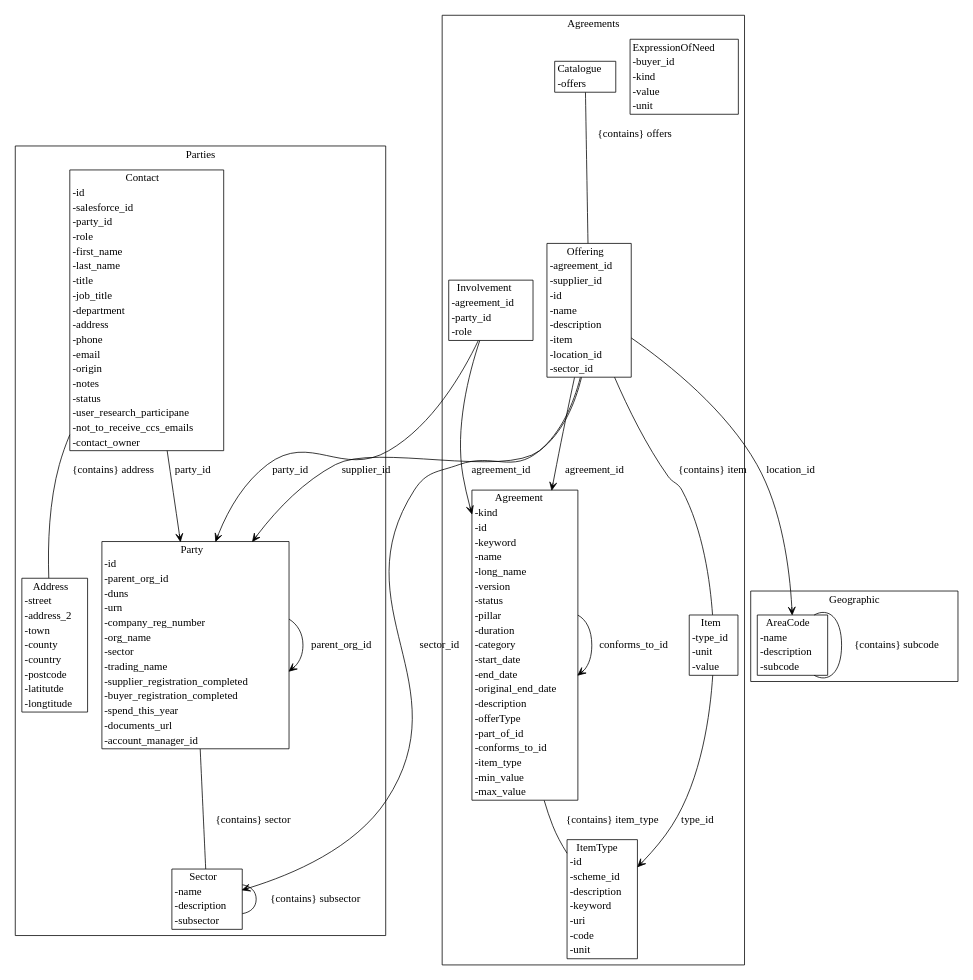
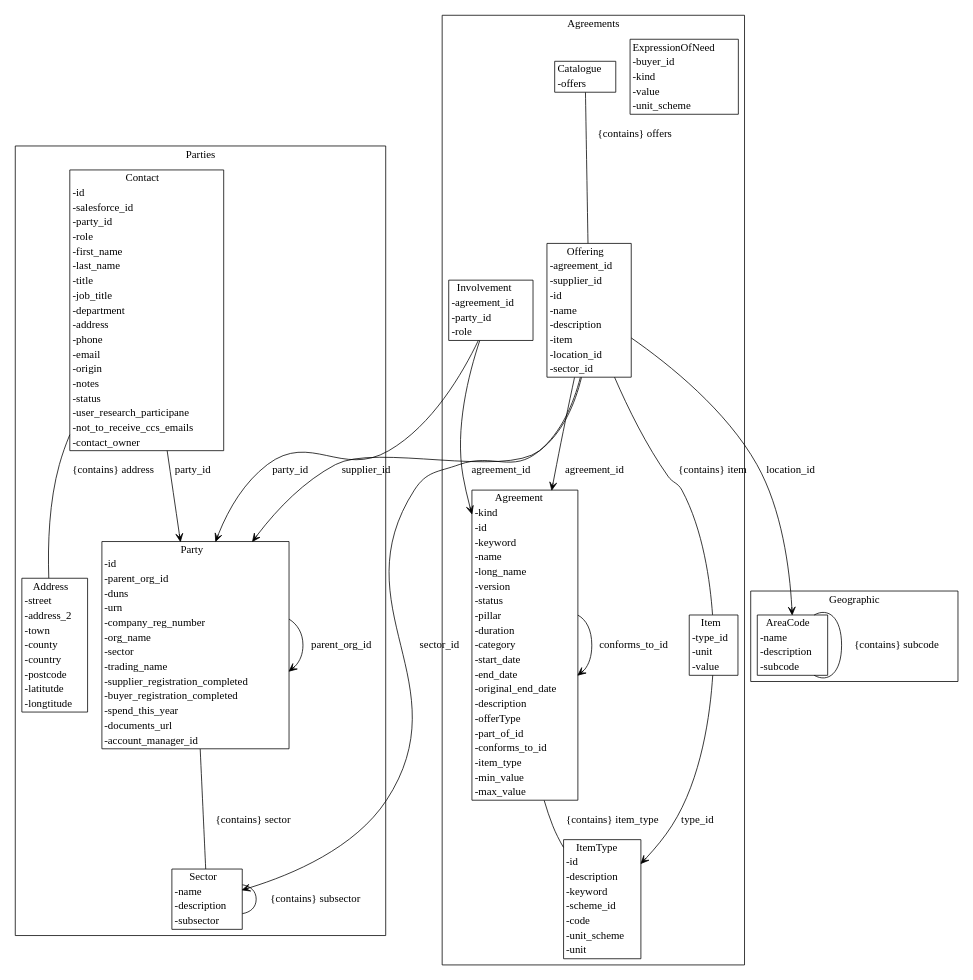
The diagram in gen/diagrams/metamodel.dot (Crown-Commercial-Service/ccs-data-model), drawn with Graphviz before and after one commit. The commit also changed 15 other files, not shown here.

```diff
--- a/gen/diagrams/metamodel.dot
+++ b/gen/diagrams/metamodel.dot
@@ -1,44 +1,44 @@
 strict digraph {
 subgraph cluster_Agreements {
 node [shape=plaintext margin=0];
 label=Agreements;
-"ItemType" [label=<<table BORDER="1" CELLBORDER="0" CELLSPACING="0"><TH><TD>ItemType</TD></TH><TR><TD ALIGN="LEFT">-id</TD></TR><TR><TD ALIGN="LEFT">-scheme_id</TD></TR><TR><TD ALIGN="LEFT">-description</TD></TR><TR><TD ALIGN="LEFT">-keyword</TD></TR><TR><TD ALIGN="LEFT">-uri</TD></TR><TR><TD ALIGN="LEFT">-code</TD></TR><TR><TD ALIGN="LEFT">-unit</TD></TR></table>>];
-"ExpressionOfNeed" [label=<<table BORDER="1" CELLBORDER="0" CELLSPACING="0"><TH><TD>ExpressionOfNeed</TD></TH><TR><TD ALIGN="LEFT">-buyer_id</TD></TR><TR><TD ALIGN="LEFT">-kind</TD></TR><TR><TD ALIGN="LEFT">-value</TD></TR><TR><TD ALIGN="LEFT">-unit</TD></TR></table>>];
+"ItemType" [label=<<table BORDER="1" CELLBORDER="0" CELLSPACING="0"><TH><TD>ItemType</TD></TH><TR><TD ALIGN="LEFT">-id</TD></TR><TR><TD ALIGN="LEFT">-description</TD></TR><TR><TD ALIGN="LEFT">-keyword</TD></TR><TR><TD ALIGN="LEFT">-scheme_id</TD></TR><TR><TD ALIGN="LEFT">-code</TD></TR><TR><TD ALIGN="LEFT">-unit_scheme</TD></TR><TR><TD ALIGN="LEFT">-unit</TD></TR></table>>];
+"ExpressionOfNeed" [label=<<table BORDER="1" CELLBORDER="0" CELLSPACING="0"><TH><TD>ExpressionOfNeed</TD></TH><TR><TD ALIGN="LEFT">-buyer_id</TD></TR><TR><TD ALIGN="LEFT">-kind</TD></TR><TR><TD ALIGN="LEFT">-value</TD></TR><TR><TD ALIGN="LEFT">-unit_scheme</TD></TR></table>>];
 "Agreement" [label=<<table BORDER="1" CELLBORDER="0" CELLSPACING="0"><TH><TD>Agreement</TD></TH><TR><TD ALIGN="LEFT">-kind</TD></TR><TR><TD ALIGN="LEFT">-id</TD></TR><TR><TD ALIGN="LEFT">-keyword</TD></TR><TR><TD ALIGN="LEFT">-name</TD></TR><TR><TD ALIGN="LEFT">-long_name</TD></TR><TR><TD ALIGN="LEFT">-version</TD></TR><TR><TD ALIGN="LEFT">-status</TD></TR><TR><TD ALIGN="LEFT">-pillar</TD></TR><TR><TD ALIGN="LEFT">-duration</TD></TR><TR><TD ALIGN="LEFT">-category</TD></TR><TR><TD ALIGN="LEFT">-start_date</TD></TR><TR><TD ALIGN="LEFT">-end_date</TD></TR><TR><TD ALIGN="LEFT">-original_end_date</TD></TR><TR><TD ALIGN="LEFT">-description</TD></TR><TR><TD ALIGN="LEFT">-offerType</TD></TR><TR><TD ALIGN="LEFT">-part_of_id</TD></TR><TR><TD ALIGN="LEFT">-conforms_to_id</TD></TR><TR><TD ALIGN="LEFT">-item_type</TD></TR><TR><TD ALIGN="LEFT">-min_value</TD></TR><TR><TD ALIGN="LEFT">-max_value</TD></TR></table>>];
 "Item" [label=<<table BORDER="1" CELLBORDER="0" CELLSPACING="0"><TH><TD>Item</TD></TH><TR><TD ALIGN="LEFT">-type_id</TD></TR><TR><TD ALIGN="LEFT">-unit</TD></TR><TR><TD ALIGN="LEFT">-value</TD></TR></table>>];
 "Offering" [label=<<table BORDER="1" CELLBORDER="0" CELLSPACING="0"><TH><TD>Offering</TD></TH><TR><TD ALIGN="LEFT">-agreement_id</TD></TR><TR><TD ALIGN="LEFT">-supplier_id</TD></TR><TR><TD ALIGN="LEFT">-id</TD></TR><TR><TD ALIGN="LEFT">-name</TD></TR><TR><TD ALIGN="LEFT">-description</TD></TR><TR><TD ALIGN="LEFT">-item</TD></TR><TR><TD ALIGN="LEFT">-location_id</TD></TR><TR><TD ALIGN="LEFT">-sector_id</TD></TR></table>>];
 "Catalogue" [label=<<table BORDER="1" CELLBORDER="0" CELLSPACING="0"><TH><TD>Catalogue</TD></TH><TR><TD ALIGN="LEFT">-offers</TD></TR></table>>];
 "Involvement" [label=<<table BORDER="1" CELLBORDER="0" CELLSPACING="0"><TH><TD>Involvement</TD></TH><TR><TD ALIGN="LEFT">-agreement_id</TD></TR><TR><TD ALIGN="LEFT">-party_id</TD></TR><TR><TD ALIGN="LEFT">-role</TD></TR></table>>];
 }
 subgraph cluster_Parties {
 node [shape=plaintext margin=0];
 label=Parties;
 "Sector" [label=<<table BORDER="1" CELLBORDER="0" CELLSPACING="0"><TH><TD>Sector</TD></TH><TR><TD ALIGN="LEFT">-name</TD></TR><TR><TD ALIGN="LEFT">-description</TD></TR><TR><TD ALIGN="LEFT">-subsector</TD></TR></table>>];
 "Party" [label=<<table BORDER="1" CELLBORDER="0" CELLSPACING="0"><TH><TD>Party</TD></TH><TR><TD ALIGN="LEFT">-id</TD></TR><TR><TD ALIGN="LEFT">-parent_org_id</TD></TR><TR><TD ALIGN="LEFT">-duns</TD></TR><TR><TD ALIGN="LEFT">-urn</TD></TR><TR><TD ALIGN="LEFT">-company_reg_number</TD></TR><TR><TD ALIGN="LEFT">-org_name</TD></TR><TR><TD ALIGN="LEFT">-sector</TD></TR><TR><TD ALIGN="LEFT">-trading_name</TD></TR><TR><TD ALIGN="LEFT">-supplier_registration_completed</TD></TR><TR><TD ALIGN="LEFT">-buyer_registration_completed</TD></TR><TR><TD ALIGN="LEFT">-spend_this_year</TD></TR><TR><TD ALIGN="LEFT">-documents_url</TD></TR><TR><TD ALIGN="LEFT">-account_manager_id</TD></TR></table>>];
 "Address" [label=<<table BORDER="1" CELLBORDER="0" CELLSPACING="0"><TH><TD>Address</TD></TH><TR><TD ALIGN="LEFT">-street</TD></TR><TR><TD ALIGN="LEFT">-address_2</TD></TR><TR><TD ALIGN="LEFT">-town</TD></TR><TR><TD ALIGN="LEFT">-county</TD></TR><TR><TD ALIGN="LEFT">-country</TD></TR><TR><TD ALIGN="LEFT">-postcode</TD></TR><TR><TD ALIGN="LEFT">-latitutde</TD></TR><TR><TD ALIGN="LEFT">-longtitude</TD></TR></table>>];
 "Contact" [label=<<table BORDER="1" CELLBORDER="0" CELLSPACING="0"><TH><TD>Contact</TD></TH><TR><TD ALIGN="LEFT">-id</TD></TR><TR><TD ALIGN="LEFT">-salesforce_id</TD></TR><TR><TD ALIGN="LEFT">-party_id</TD></TR><TR><TD ALIGN="LEFT">-role</TD></TR><TR><TD ALIGN="LEFT">-first_name</TD></TR><TR><TD ALIGN="LEFT">-last_name</TD></TR><TR><TD ALIGN="LEFT">-title</TD></TR><TR><TD ALIGN="LEFT">-job_title</TD></TR><TR><TD ALIGN="LEFT">-department</TD></TR><TR><TD ALIGN="LEFT">-address</TD></TR><TR><TD ALIGN="LEFT">-phone</TD></TR><TR><TD ALIGN="LEFT">-email</TD></TR><TR><TD ALIGN="LEFT">-origin</TD></TR><TR><TD ALIGN="LEFT">-notes</TD></TR><TR><TD ALIGN="LEFT">-status</TD></TR><TR><TD ALIGN="LEFT">-user_research_participane</TD></TR><TR><TD ALIGN="LEFT">-not_to_receive_ccs_emails</TD></TR><TR><TD ALIGN="LEFT">-contact_owner</TD></TR></table>>];
 }
 subgraph cluster_Geographic {
 node [shape=plaintext margin=0];
 label=Geographic;
 "AreaCode" [label=<<table BORDER="1" CELLBORDER="0" CELLSPACING="0"><TH><TD>AreaCode</TD></TH><TR><TD ALIGN="LEFT">-name</TD></TR><TR><TD ALIGN="LEFT">-description</TD></TR><TR><TD ALIGN="LEFT">-subcode</TD></TR></table>>];
 }
 "Agreement" -> "Agreement" [label="part_of_id" arrowhead = "open" arrowtail = "none" ];
 "Agreement" -> "Agreement" [label="conforms_to_id" arrowhead = "open" arrowtail = "none" ];
 "Agreement" -> "ItemType" [label="{contains} item_type" arrowhead = "none" arrowtail = "diamond" ];
 "Item" -> "ItemType" [label="type_id" arrowhead = "open" arrowtail = "none" ];
 "Offering" -> "Agreement" [label="agreement_id" arrowhead = "open" arrowtail = "none" ];
 "Offering" -> "Party" [label="supplier_id" arrowhead = "open" arrowtail = "none" ];
 "Offering" -> "Item" [label="{contains} item" arrowhead = "none" arrowtail = "diamond" ];
 "Offering" -> "AreaCode" [label="location_id" arrowhead = "open" arrowtail = "none" ];
 "Offering" -> "Sector" [label="sector_id" arrowhead = "open" arrowtail = "none" ];
 "Catalogue" -> "Offering" [label="{contains} offers" arrowhead = "none" arrowtail = "diamond" ];
 "Involvement" -> "Agreement" [label="agreement_id" arrowhead = "open" arrowtail = "none" ];
 "Involvement" -> "Party" [label="party_id" arrowhead = "open" arrowtail = "none" ];
 "Sector" -> "Sector" [label="{contains} subsector" arrowhead = "none" arrowtail = "diamond" ];
 "Party" -> "Party" [label="parent_org_id" arrowhead = "open" arrowtail = "none" ];
 "Party" -> "Sector" [label="{contains} sector" arrowhead = "none" arrowtail = "diamond" ];
 "Contact" -> "Party" [label="party_id" arrowhead = "open" arrowtail = "none" ];
 "Contact" -> "Address" [label="{contains} address" arrowhead = "none" arrowtail = "diamond" ];
 "AreaCode" -> "AreaCode" [label="{contains} subcode" arrowhead = "none" arrowtail = "diamond" ];
 }
```
